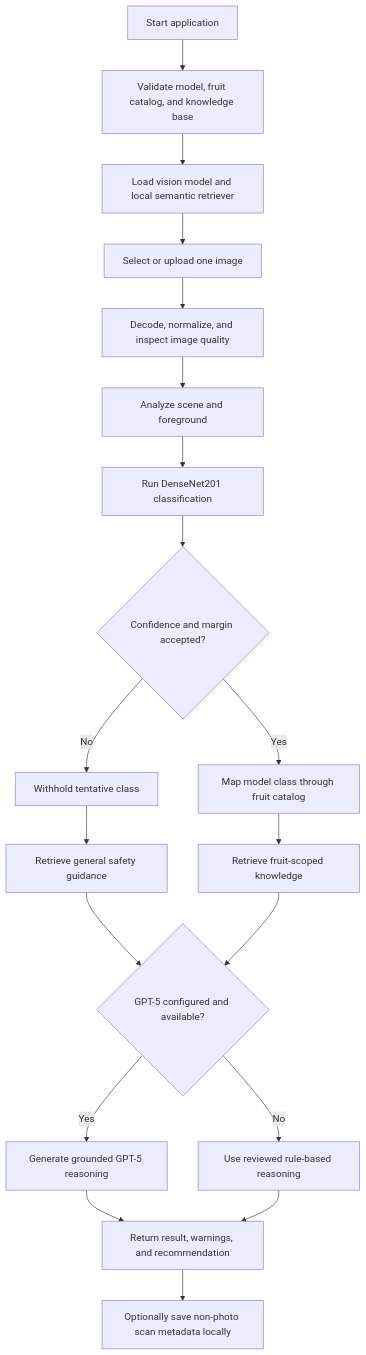
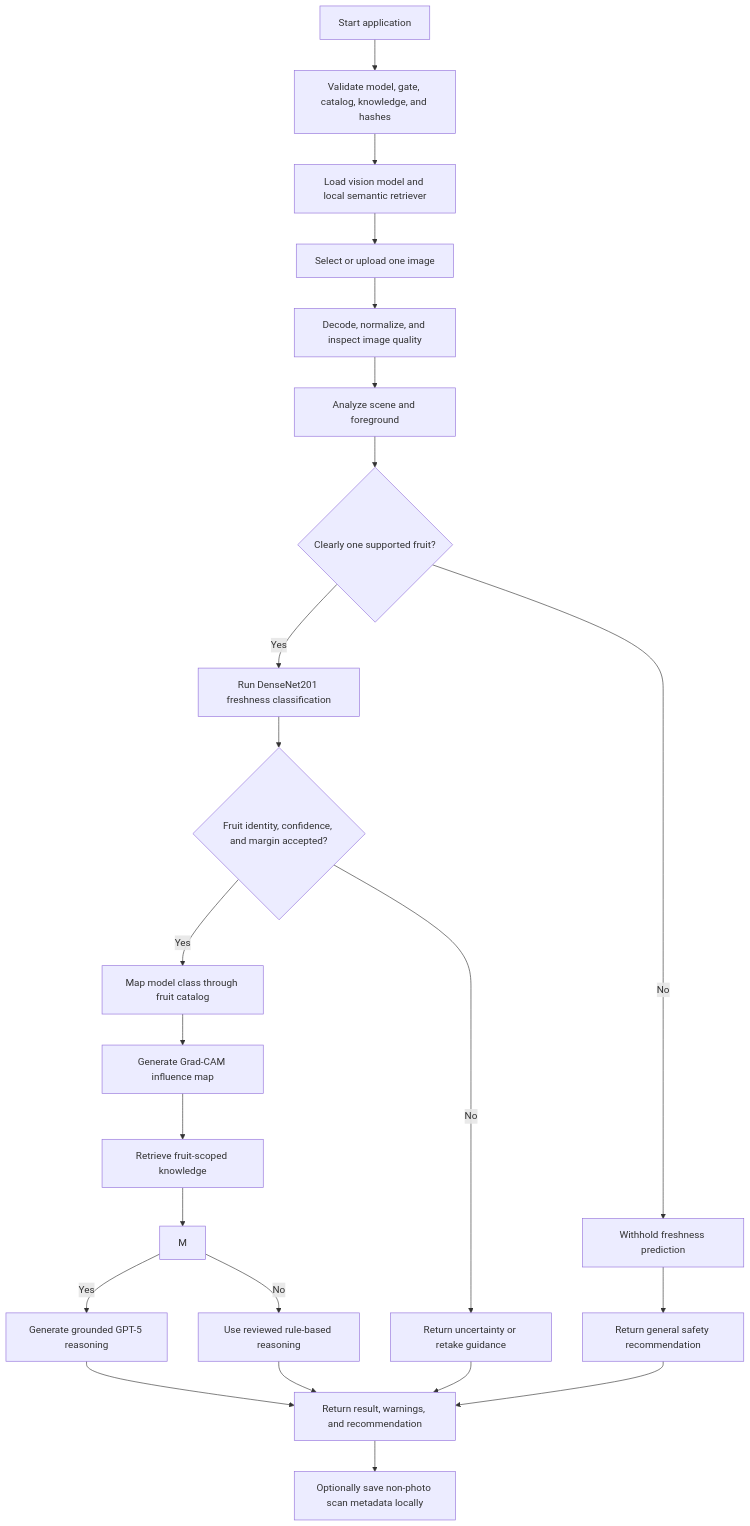
The diagram in README.md (yyq8548/FreshSenseAI--app), drawn with Mermaid before and after one commit. The commit also changed other lines of this file and 97 other files, not shown here.

````diff
--- a/README.md
+++ b/README.md
@@ -52,21 +54,25 @@
 ```mermaid
 flowchart TD
-    A["Start application"] --> B["Validate model, fruit catalog, and knowledge base"]
+    A["Start application"] --> B["Validate model, gate, catalog, knowledge, and hashes"]
     B --> C["Load vision model and local semantic retriever"]
     C --> D["Select or upload one image"]
     D --> E["Decode, normalize, and inspect image quality"]
     E --> F["Analyze scene and foreground"]
-    F --> G["Run DenseNet201 classification"]
-    G --> H{"Confidence and margin accepted?"}
-    H -- "No" --> I["Withhold tentative class"]
-    I --> J["Retrieve general safety guidance"]
-    H -- "Yes" --> K["Map model class through fruit catalog"]
-    K --> L["Retrieve fruit-scoped knowledge"]
-    J --> M{"GPT-5 configured and available?"}
+    F --> G{"Clearly one supported fruit?"}
+    G -- "No" --> I["Withhold freshness prediction"]
+    I --> U["Return general safety recommendation"]
+    G -- "Yes" --> H["Run DenseNet201 freshness classification"]
+    H --> R{"Fruit identity, confidence, and margin accepted?"}
+    R -- "No" --> T["Return uncertainty or retake guidance"]
+    R -- "Yes" --> K["Map model class through fruit catalog"]
+    K --> X["Generate Grad-CAM influence map"]
+    X --> L["Retrieve fruit-scoped knowledge"]
     L --> M
     M -- "Yes" --> N["Generate grounded GPT-5 reasoning"]
     M -- "No" --> O["Use reviewed rule-based reasoning"]
     N --> P["Return result, warnings, and recommendation"]
     O --> P
+    T --> P
+    U --> P
     P --> Q["Optionally save non-photo scan metadata locally"]
 ```
````
